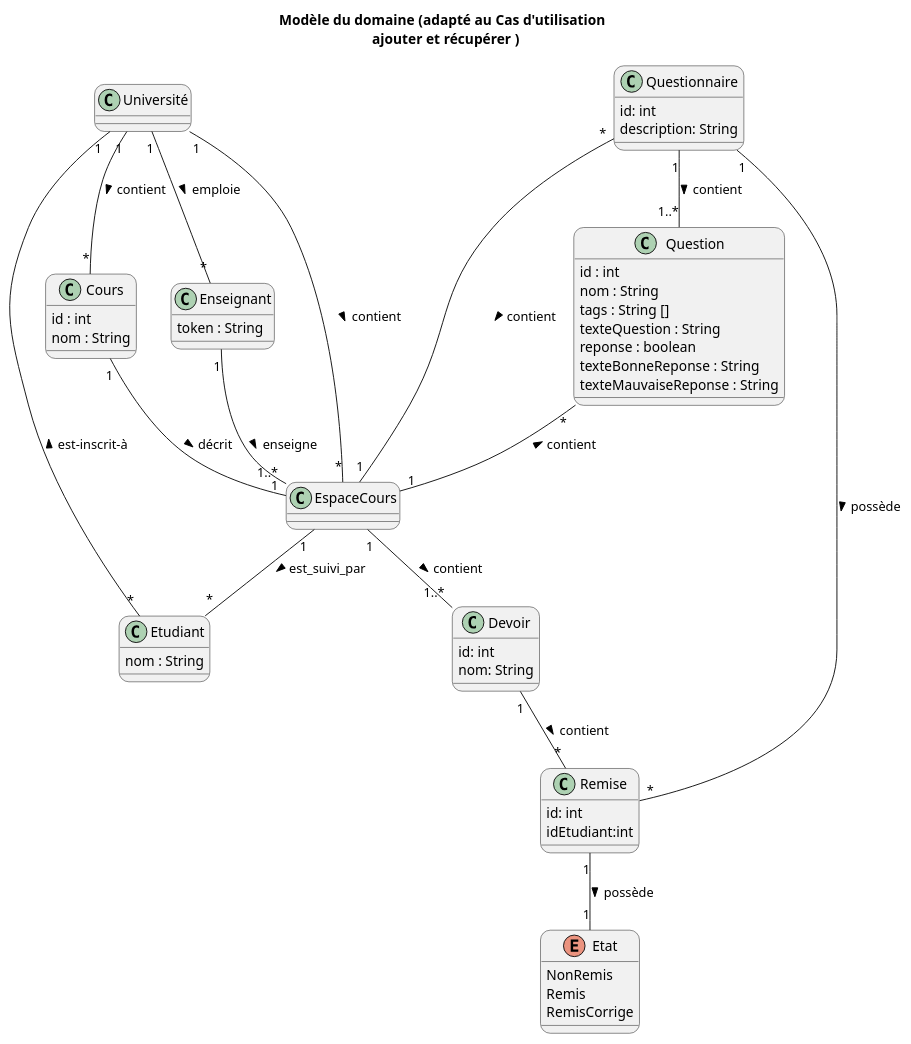
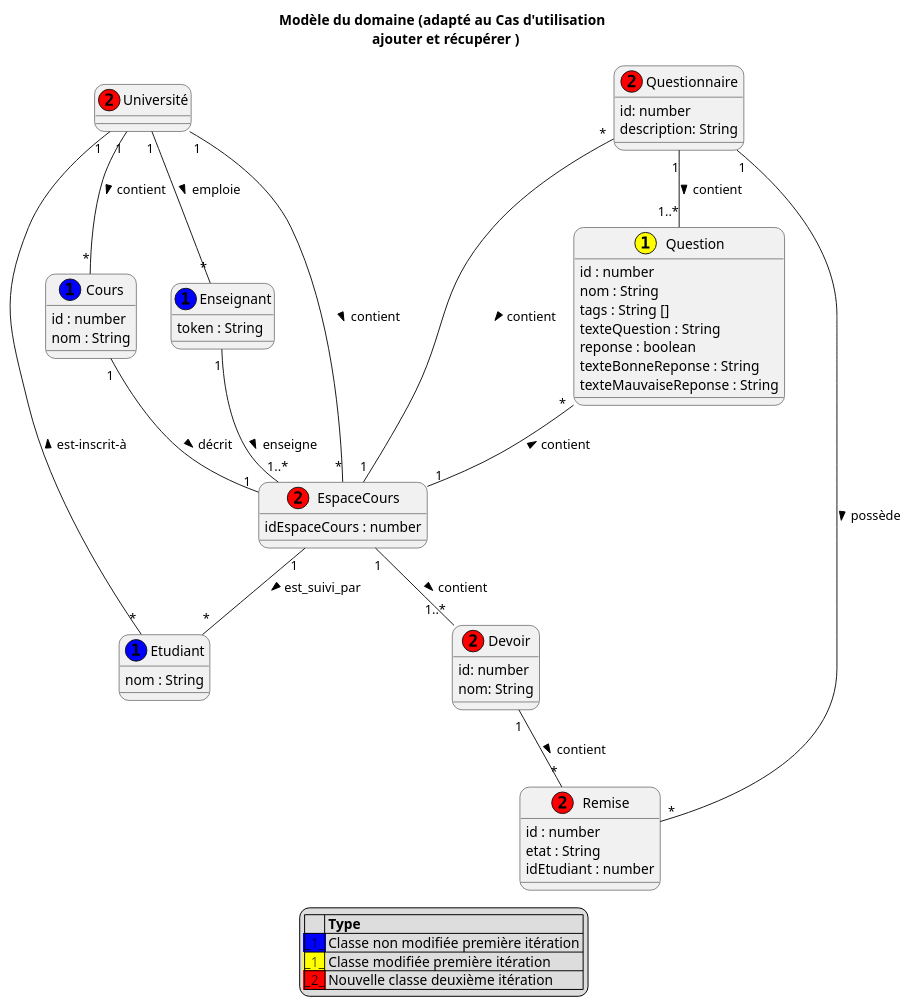
Before and after one commit to nerdz88/SGA-TS: the diagram in docs/modeles/mdd.puml, drawn with PlantUML. The commit also changed 10 other files, not shown here.

```diff
--- a/docs/modeles/mdd.puml
+++ b/docs/modeles/mdd.puml
@@ -1,69 +1,75 @@
 @startuml MDD
+
 skinparam defaultfontname Verdana
 skinparam RoundCorner 20
 ' skinparam linetype ortho
 
 title Modèle du domaine (adapté au Cas d'utilisation \n ajouter et récupérer )
-
-class Cours {
-    id : int
+class Cours << (1,blue) >> {
+    id : number
     nom : String
 }
 
 
-class Enseignant {
+class Enseignant << (1,blue) >>{
     token : String
 }
 
-class Etudiant {
+class Etudiant << (1,blue) >>{
     nom : String
 }
 
-class Devoir{
-    id: int
+class Devoir << (2,red) >>{
+    id: number
     nom: String
 }
 
-class Remise{
-    id: int
-    idEtudiant:int
+class Remise << (2,red) >>{
+    id : number
+    etat : String
+    idEtudiant : number
 }
 
-enum Etat{
-    NonRemis
-    Remis
-    RemisCorrige
-}
-
-class Question{
-    id : int
+class Question << 1,yellow) >>{
+    id : number
     nom : String
     tags : String []
     texteQuestion : String
     reponse : boolean
     texteBonneReponse : String
     texteMauvaiseReponse : String
 }
 
-class Questionnaire{
-    id: int
+class Questionnaire << (2,red) >>{
+    id: number
     description: String
 }
 
-class EspaceCours{
+class EspaceCours << (2,red) >>{
+    idEspaceCours : number
+}
+
+class Université << (2,red) >>{
+
 }
 Devoir "1"--"*" Remise : contient >
-Remise"1"--"1" Etat : possède >
 EspaceCours "1"--"1..*" Devoir: contient >
 Enseignant "1"--"1..*" EspaceCours : enseigne >
 Université "1"--"*" Enseignant : emploie >
 Cours "1"-- "1" EspaceCours : décrit >
 Université "1"--"*" Cours : contient >
 EspaceCours "1"-- "*"Etudiant : est_suivi_par >
 Questionnaire "1"--"1..*" Question : contient >
 Questionnaire"1"--"*" Remise : possède >
 Université "1"--"*" EspaceCours : contient >
 Université "1"--"*" Etudiant : est-inscrit-à <
 Question "*"--"1" EspaceCours : contient <
 Questionnaire "*"--"1" EspaceCours : contient >
+
+legend
+|= |= Type |
+|<back:blue>_1_</back>| Classe non modifiée première itération |
+|<back:yellow>_1_</back>| Classe modifiée première itération |
+|<back:red>_2_</back>| Nouvelle classe deuxième itération |
+endlegend
 @enduml
```
